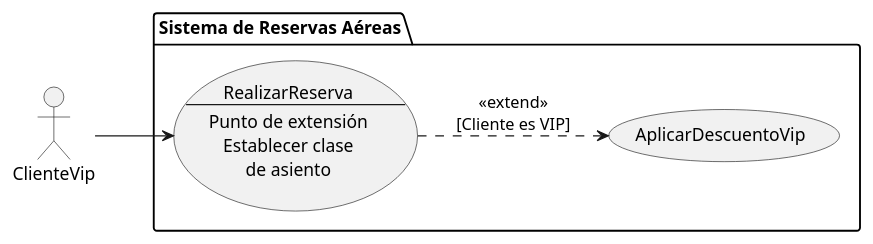
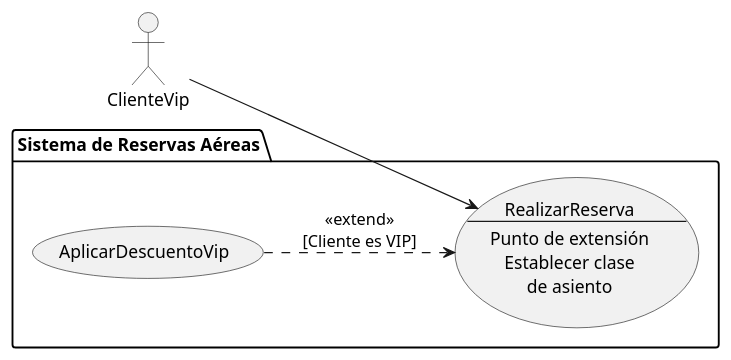
The diagram in UD7_diagramas_comportamiento/apuntes/res/ejemplo_extends_punto_acceso.iuml (danielmartinan/entornos_desarrollo_2024-25), drawn with PlantUML before and after one commit. The commit also changed 4 other files, not shown here.

```diff
--- a/UD7_diagramas_comportamiento/apuntes/res/ejemplo_extends_punto_acceso.iuml
+++ b/UD7_diagramas_comportamiento/apuntes/res/ejemplo_extends_punto_acceso.iuml
@@ -1,20 +1,20 @@
 @startuml
 actor "ClienteVip" as pasajero
 
 
 package "Sistema de Reservas Aéreas" {
   usecase UC1 as "RealizarReserva
   --
   Punto de extensión
   Establecer clase
   de asiento"
   useCase UC2 as "AplicarDescuentoVip"
 }
 
 pasajero --> UC1
 
-UC1 .down.> UC2 : <<extend>>\n[Cliente es VIP]
+UC2 .down.> UC1 : <<extend>>\n[Cliente es VIP]
 
 left to right direction
 
 @enduml
```
